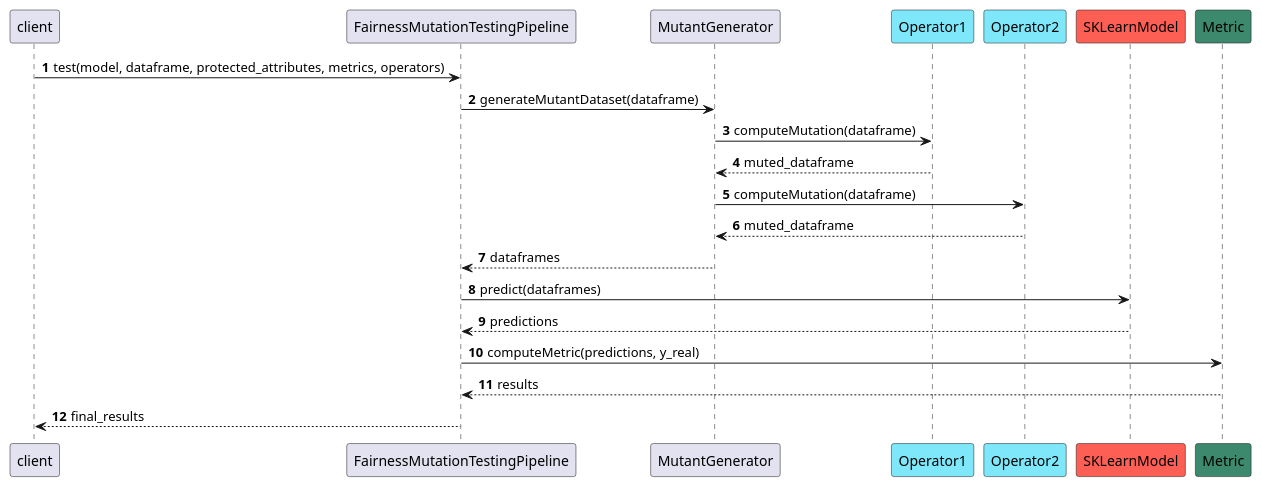
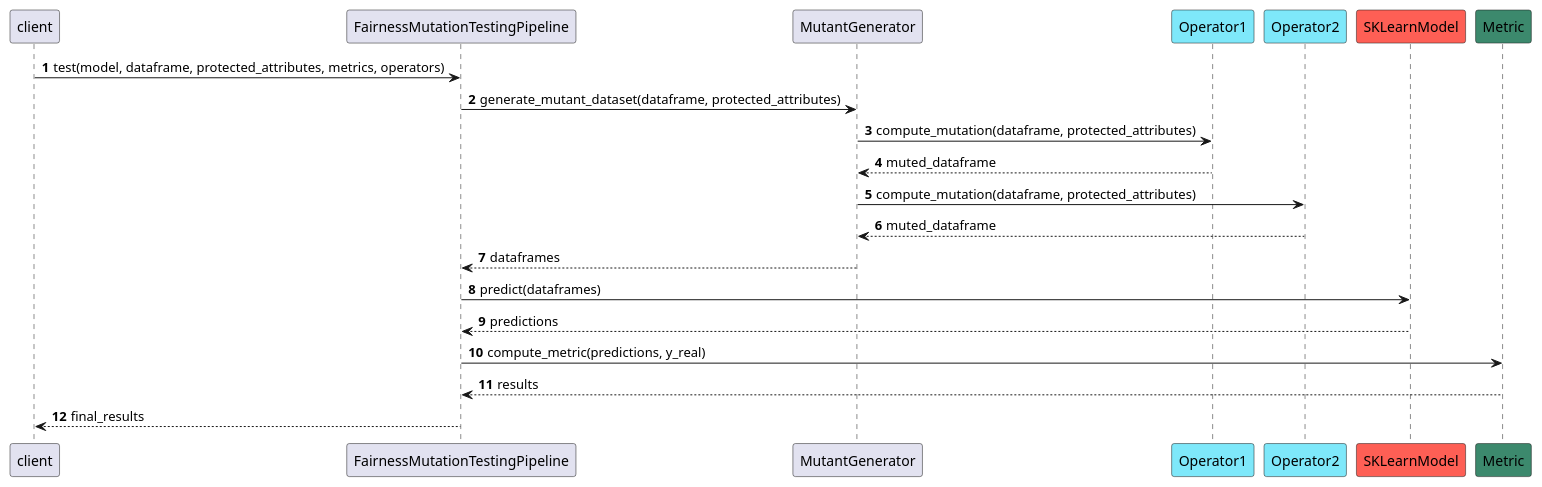
Before and after one commit to Camille-Molinier/mutation-testing-ml-fairness: the diagram in design/mutation_pipeline.puml, drawn with PlantUML. The commit also changed 5 other files, not shown here.

```diff
--- a/design/mutation_pipeline.puml
+++ b/design/mutation_pipeline.puml
@@ -1,32 +1,32 @@
 @startuml
 'https://plantuml.com/sequence-diagram
 
 autonumber
 
 participant client
 participant FairnessMutationTestingPipeline
 participant MutantGenerator
 participant Operator1 #7EE8FA
 participant Operator2 #7EE8FA
 participant SKLearnModel #FE5F55
 participant Metric #3C896D
 
 client -> FairnessMutationTestingPipeline : test(model, dataframe, protected_attributes, metrics, operators)
-FairnessMutationTestingPipeline -> MutantGenerator : generateMutantDataset(dataframe)
-MutantGenerator ->  Operator1 : computeMutation(dataframe)
+FairnessMutationTestingPipeline -> MutantGenerator : generate_mutant_dataset(dataframe, protected_attributes)
+MutantGenerator ->  Operator1 : compute_mutation(dataframe, protected_attributes)
 MutantGenerator <-- Operator1 : muted_dataframe
-MutantGenerator ->  Operator2 : computeMutation(dataframe)
+MutantGenerator ->  Operator2 : compute_mutation(dataframe, protected_attributes)
 MutantGenerator <-- Operator2 : muted_dataframe
 FairnessMutationTestingPipeline <-- MutantGenerator : dataframes
 
 
 FairnessMutationTestingPipeline ->  SKLearnModel : predict(dataframes)
 FairnessMutationTestingPipeline <-- SKLearnModel : predictions
 
-FairnessMutationTestingPipeline -> Metric : computeMetric(predictions, y_real)
+FairnessMutationTestingPipeline -> Metric : compute_metric(predictions, y_real)
 FairnessMutationTestingPipeline <-- Metric : results
 
 FairnessMutationTestingPipeline --> client : final_results
 
 
 @enduml
```
